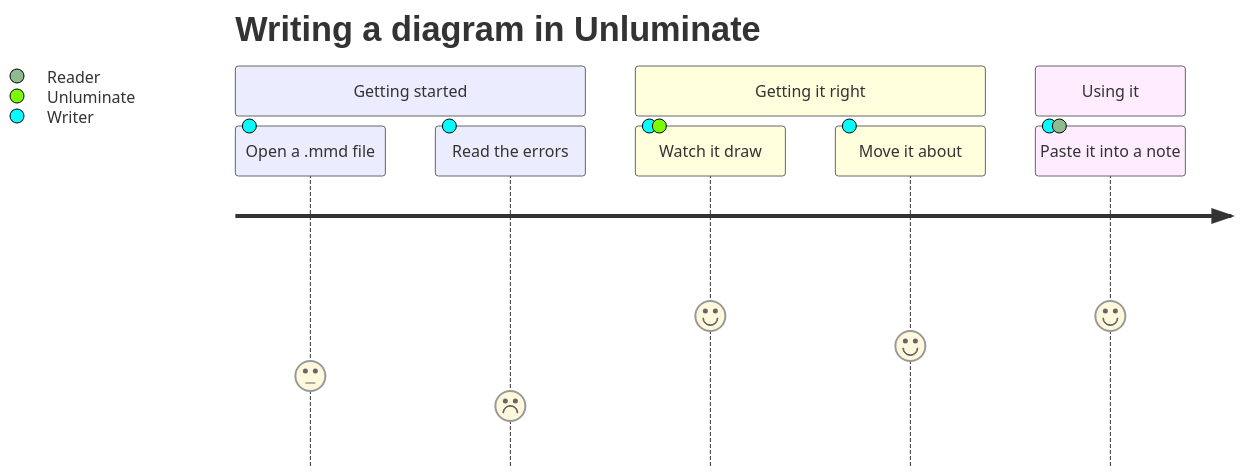
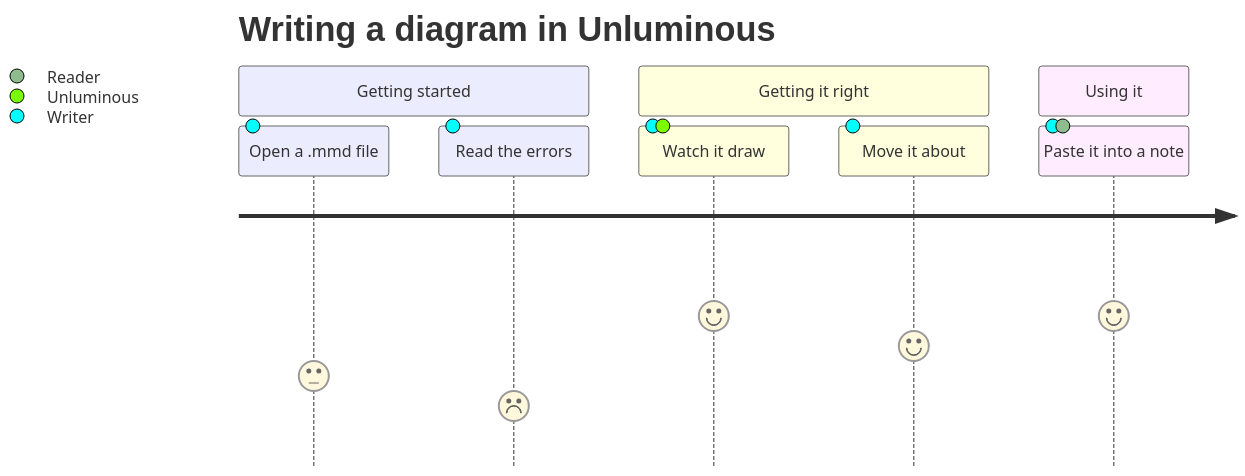
One commit to Black-Rainbow-Labs/Unluminous changed the diagram in sample-diagrams/journey.mmd. Above: the diagram before and after it, drawn with Mermaid. The commit also changed 1327 other files, not shown here.

```diff
--- a/sample-diagrams/journey.mmd
+++ b/sample-diagrams/journey.mmd
@@ -1,10 +1,10 @@
 journey
-  title Writing a diagram in Unluminate
+  title Writing a diagram in Unluminous
   section Getting started
     Open a .mmd file: 3: Writer
     Read the errors: 2: Writer
   section Getting it right
-    Watch it draw: 5: Writer, Unluminate
+    Watch it draw: 5: Writer, Unluminous
     Move it about: 4: Writer
   section Using it
     Paste it into a note: 5: Writer, Reader
```
